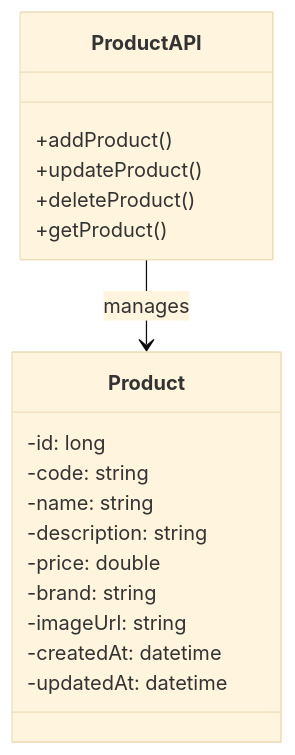
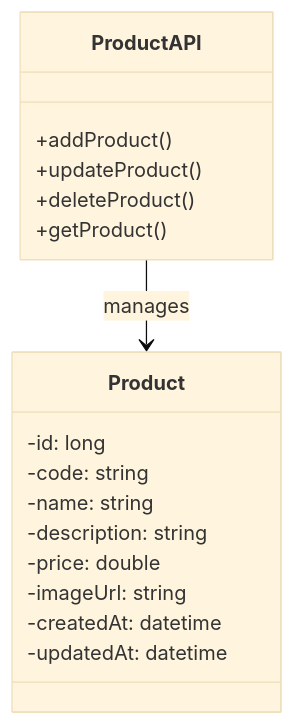
Before and after one commit to Fawry-Intern-Round-8/Product-API: the first of 2 diagrams in README.md, drawn with Mermaid (base theme). The commit also changed other lines of this file, not shown here.

````diff
--- a/README.md
+++ b/README.md
@@ -4,23 +4,22 @@
 ```mermaid
 classDiagram
     class ProductAPI {
       +addProduct()
       +updateProduct()
       +deleteProduct()
       +getProduct()
     }
     
     class Product {
       -id: long
       -code: string
       -name: string
       -description: string
       -price: double
-      -brand: string
       -imageUrl: string
       -createdAt: datetime
       -updatedAt: datetime
     }
     
     ProductAPI --> Product : manages
 ```
````
